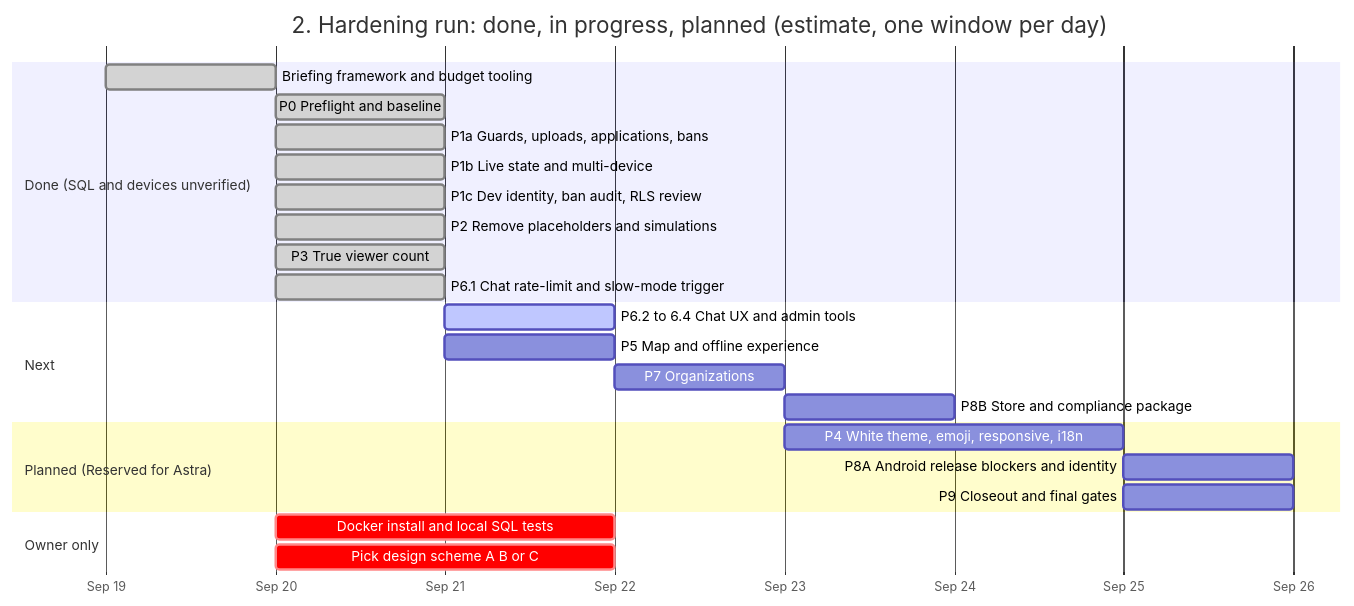
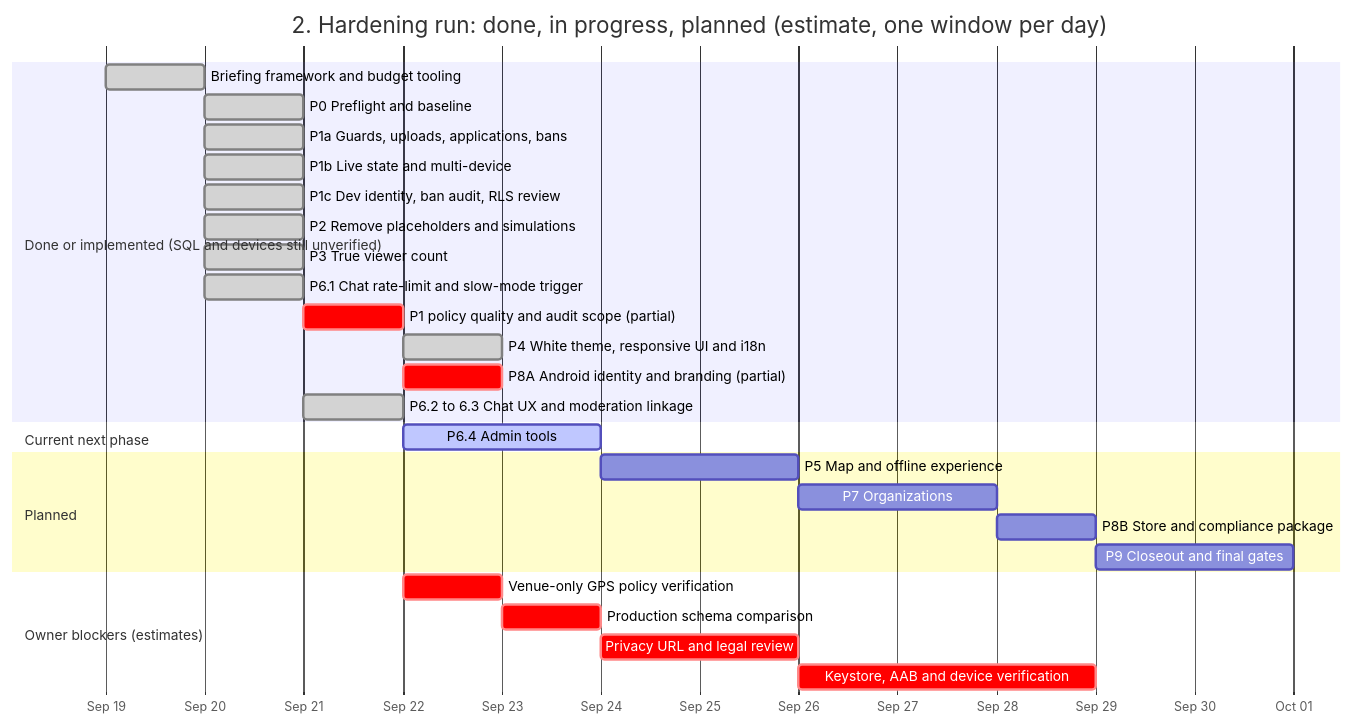
One commit to ameeralhatemi67-debug/Stream_application changed the second of 3 diagrams in Roadmap.md. Above: the diagram before and after it, drawn with Mermaid. The commit also changed other lines of this file and 104 other files, not shown here.

Commit message:
chore: checkpoint current app, audit, and UI work

````diff
--- a/Roadmap.md
+++ b/Roadmap.md
@@ -39,28 +39,32 @@
 ```mermaid
 gantt
     title 2. Hardening run: done, in progress, planned (estimate, one window per day)
     dateFormat  YYYY-MM-DD
     axisFormat  %b %d
     tickInterval 1day
-    section Done (SQL and devices unverified)
+    section Done or implemented (SQL and devices still unverified)
     Briefing framework and budget tooling       :done, brief, 2026-09-19, 2026-09-20
     P0 Preflight and baseline                   :done, p0, 2026-09-20, 1d
     P1a Guards, uploads, applications, bans     :done, p1a, 2026-09-20, 1d
     P1b Live state and multi-device             :done, p1b, 2026-09-20, 1d
     P1c Dev identity, ban audit, RLS review     :done, p1c, 2026-09-20, 2026-09-21
     P2 Remove placeholders and simulations      :done, p2, 2026-09-20, 2026-09-21
     P3 True viewer count                        :done, p3, 2026-09-20, 2026-09-21
     P6.1 Chat rate-limit and slow-mode trigger  :done, p61, 2026-09-20, 2026-09-21
-    section Next
-    P6.2 to 6.4 Chat UX and admin tools         :active, p6next, 2026-09-21, 1d
-    P5 Map and offline experience               :p5, 2026-09-21, 2026-09-22
-    P7 Organizations                            :p7, 2026-09-22, 2026-09-23
-    P8B Store and compliance package            :p8b, 2026-09-23, 1d
-    section Planned (Reserved for Astra)
-    P4 White theme, emoji, responsive, i18n     :p4, 2026-09-23, 2026-09-25
-    P8A Android release blockers and identity   :p8a, 2026-09-25, 1d
-    P9 Closeout and final gates                 :p9, 2026-09-25, 2026-09-26
-    section Owner only
-    Docker install and local SQL tests          :crit, own1, 2026-09-20, 2026-09-22
-    Pick design scheme A B or C                 :crit, own2, 2026-09-20, 2026-09-22
+    P1 policy quality and audit scope (partial) :crit, p1d, 2026-09-21, 1d
+    P4 White theme, responsive UI and i18n      :done, p4, 2026-09-22, 1d
+    P8A Android identity and branding (partial)  :crit, p8a, 2026-09-22, 1d
+    P6.2 to 6.3 Chat UX and moderation linkage  :done, p6a, 2026-09-21, 1d
+    section Current next phase
+    P6.4 Admin tools                             :active, p64, 2026-09-22, 2d
+    section Planned
+    P5 Map and offline experience                :p5, after p64, 2d
+    P7 Organizations                             :p7, after p5, 2d
+    P8B Store and compliance package             :p8b, after p7, 1d
+    P9 Closeout and final gates                  :p9, after p8b, 2d
+    section Owner blockers (estimates)
+    Venue-only GPS policy verification            :crit, gps, 2026-09-22, 1d
+    Production schema comparison                 :crit, prod, after gps, 1d
+    Privacy URL and legal review                 :crit, legal, after prod, 2d
+    Keystore, AAB and device verification        :crit, release, after legal, 3d
 ```
````
